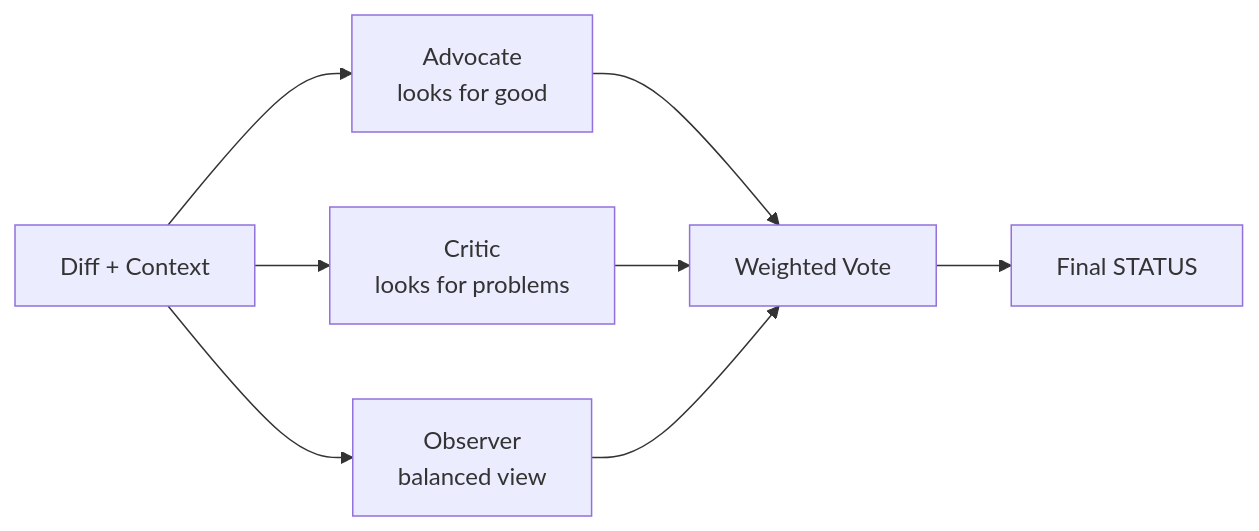
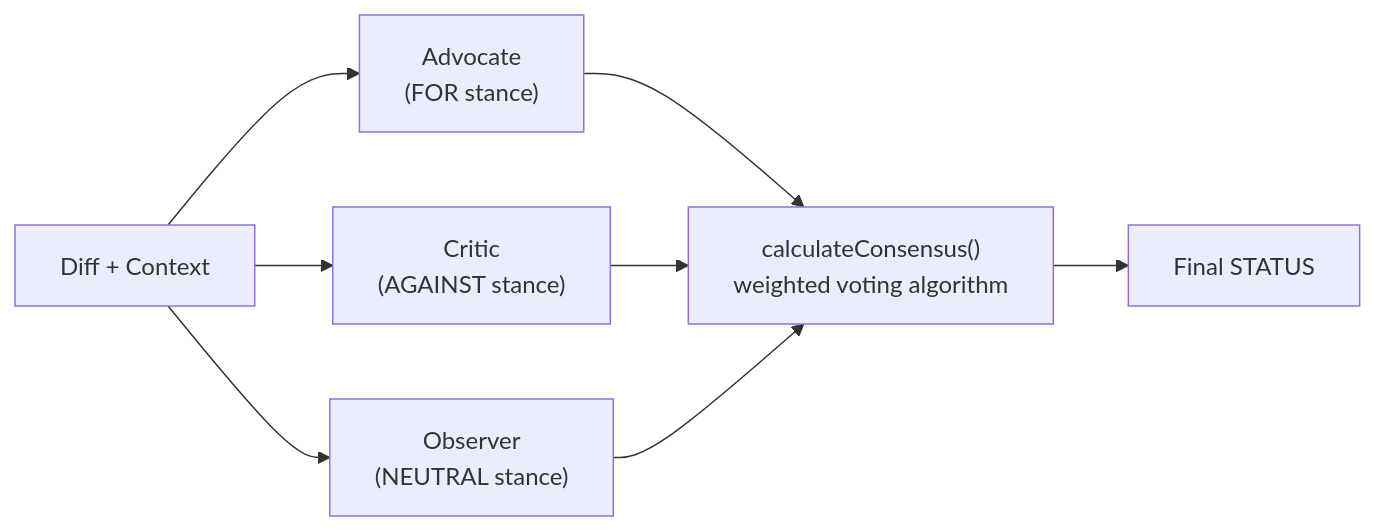
One commit to JNZader/ghagga changed the fifth of 5 diagrams in README.md. Above: the diagram before and after it, drawn with Mermaid. The commit also changed other lines of this file and 12 other files, not shown here.

````diff
--- a/README.md
+++ b/README.md
@@ -376,10 +376,10 @@
 ```mermaid
 flowchart LR
-  Input["Diff + Context"] --> A["Advocate<br/>looks for good"]
-  Input --> C["Critic<br/>looks for problems"]
-  Input --> O["Observer<br/>balanced view"]
-  A --> Vote["Weighted Vote"]
-  C --> Vote
-  O --> Vote
-  Vote --> Status["Final STATUS"]
+  Input["Diff + Context"] --> A["Advocate<br/>(FOR stance)"]
+  Input --> C["Critic<br/>(AGAINST stance)"]
+  Input --> O["Observer<br/>(NEUTRAL stance)"]
+  A --> Algo["calculateConsensus()<br/>weighted voting algorithm"]
+  C --> Algo
+  O --> Algo
+  Algo --> Status["Final STATUS"]
 ```
````
